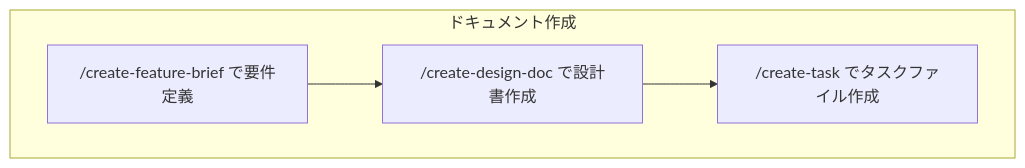
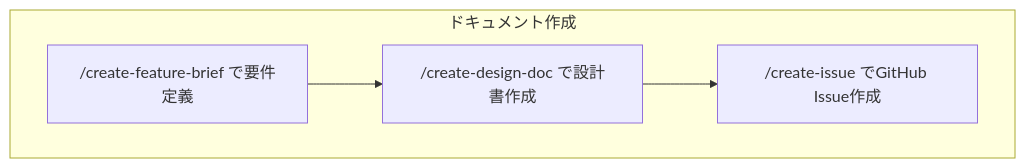
One commit to hiroto-aibara/claude-code-skill-example changed the second of 3 diagrams in README.md. Above: the diagram before and after it, drawn with Mermaid. The commit also changed other lines of this file and 5 other files, not shown here.

First line of the commit message:
refactor(skills): GitHub Issue ベースワークフローへ移行

````diff
--- a/README.md
+++ b/README.md
@@ -96,9 +98,9 @@
 ```mermaid
 flowchart TD
     subgraph Documents["ドキュメント作成"]
         A["/create-feature-brief で要件定義"]
         B["/create-design-doc で設計書作成"]
-        C["/create-task でタスクファイル作成"]
+        C["/create-issue でGitHub Issue作成"]
         A --> B --> C
     end
 ```
````
